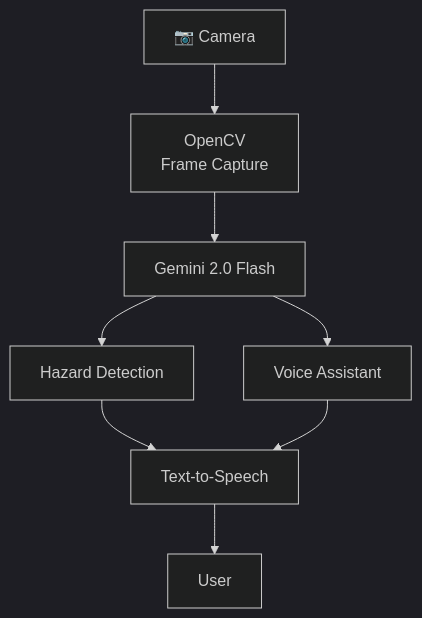
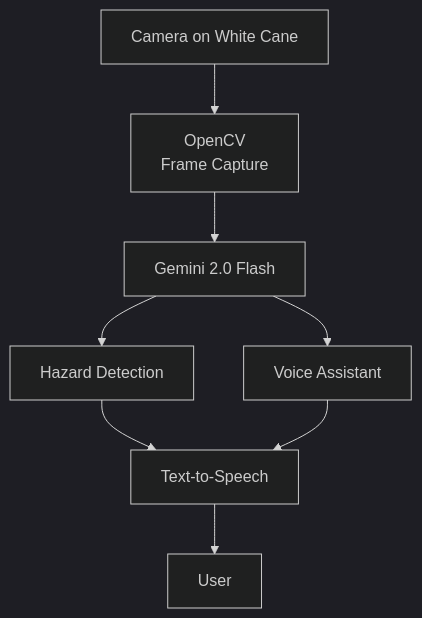
One commit to esutaria/SARAH changed the diagram in README.md. Above: the diagram before and after it, drawn with Mermaid (dark theme).

Commit message:
Update camera label in flowchart

````diff
--- a/README.md
+++ b/README.md
@@ -50,13 +50,13 @@
 ```mermaid
 flowchart TD
-    A["📷 Camera"] --> B["OpenCV<br/>Frame Capture"]
+    A["Camera on White Cane"] --> B["OpenCV<br/>Frame Capture"]
     B --> C["Gemini 2.0 Flash"]
 
     C --> D["Hazard Detection"]
     C --> E["Voice Assistant"]
 
     D --> F["Text-to-Speech"]
     E --> F
 
     F --> G["User"]
 ```
````
